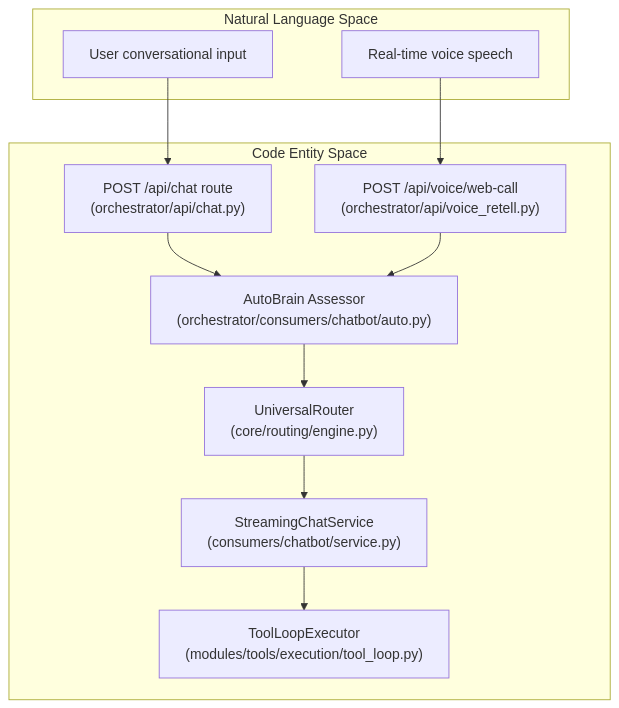
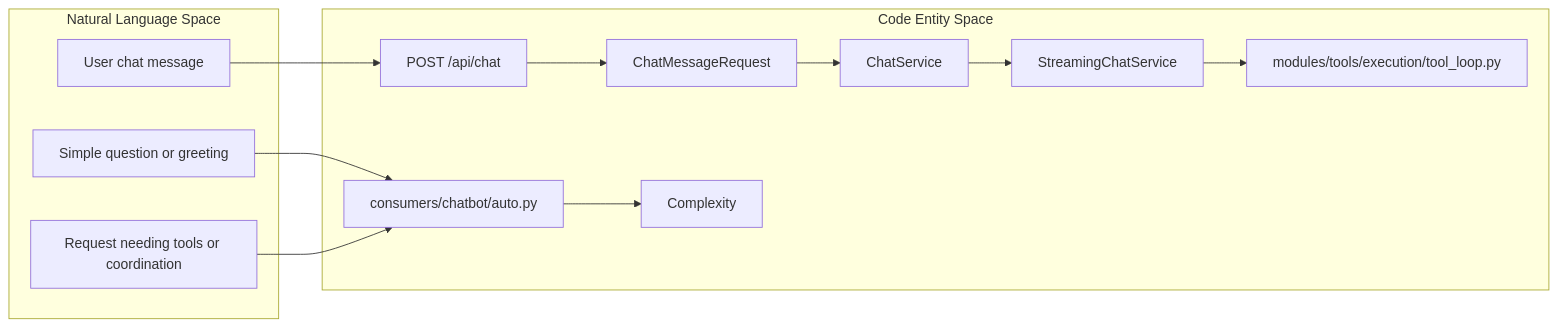
One commit to AutomatosAI/automatos-ai changed the first of 2 diagrams in docs/chat-interface/_index.md. Above: the diagram before and after it, drawn with Mermaid. The commit also changed other lines of this file and 188 other files, not shown here.

First line of the commit message:
docs: refresh architecture docs and add coverage for new subsystems (#1416)

````diff
--- a/docs/chat-interface/_index.md
+++ b/docs/chat-interface/_index.md
@@ -61,24 +46,27 @@
 ```mermaid
-graph TB
+flowchart LR
     subgraph "Natural Language Space"
-        UserMsg["User conversational input"]
-        VoiceInput["Real-time voice speech"]
+        UserMessage["User chat message"]
+        SimpleRequest["Simple question or greeting"]
+        ComplexRequest["Request needing tools or coordination"]
     end
 
     subgraph "Code Entity Space"
-        ChatApi["POST /api/chat route<br/>(orchestrator/api/chat.py)"]
-        VoiceApi["POST /api/voice/web-call<br/>(orchestrator/api/voice_retell.py)"]
-        AutoBrain["AutoBrain Assessor<br/>(orchestrator/consumers/chatbot/auto.py)"]
-        Router["UniversalRouter<br/>(core/routing/engine.py)"]
-        StreamSvc["StreamingChatService<br/>(consumers/chatbot/service.py)"]
-        ToolExecutor["ToolLoopExecutor<br/>(modules/tools/execution/tool_loop.py)"]
+        ChatRoute["POST /api/chat"]
+        ChatRequest["ChatMessageRequest"]
+        AutoBrain["consumers/chatbot/auto.py"]
+        Complexity["Complexity"]
+        ChatService["ChatService"]
+        StreamingChatService["StreamingChatService"]
+        ToolLoopExecutor["modules/tools/execution/tool_loop.py"]
     end
 
-    UserMsg --> ChatApi
-    VoiceInput --> VoiceApi
-    ChatApi --> AutoBrain
-    VoiceApi --> AutoBrain
-    AutoBrain --> Router
-    Router --> StreamSvc
-    StreamSvc --> ToolExecutor
+    UserMessage --> ChatRoute
+    ChatRoute --> ChatRequest
+    SimpleRequest --> AutoBrain
+    ComplexRequest --> AutoBrain
+    AutoBrain --> Complexity
+    ChatRequest --> ChatService
+    ChatService --> StreamingChatService
+    StreamingChatService --> ToolLoopExecutor
 ```
````
